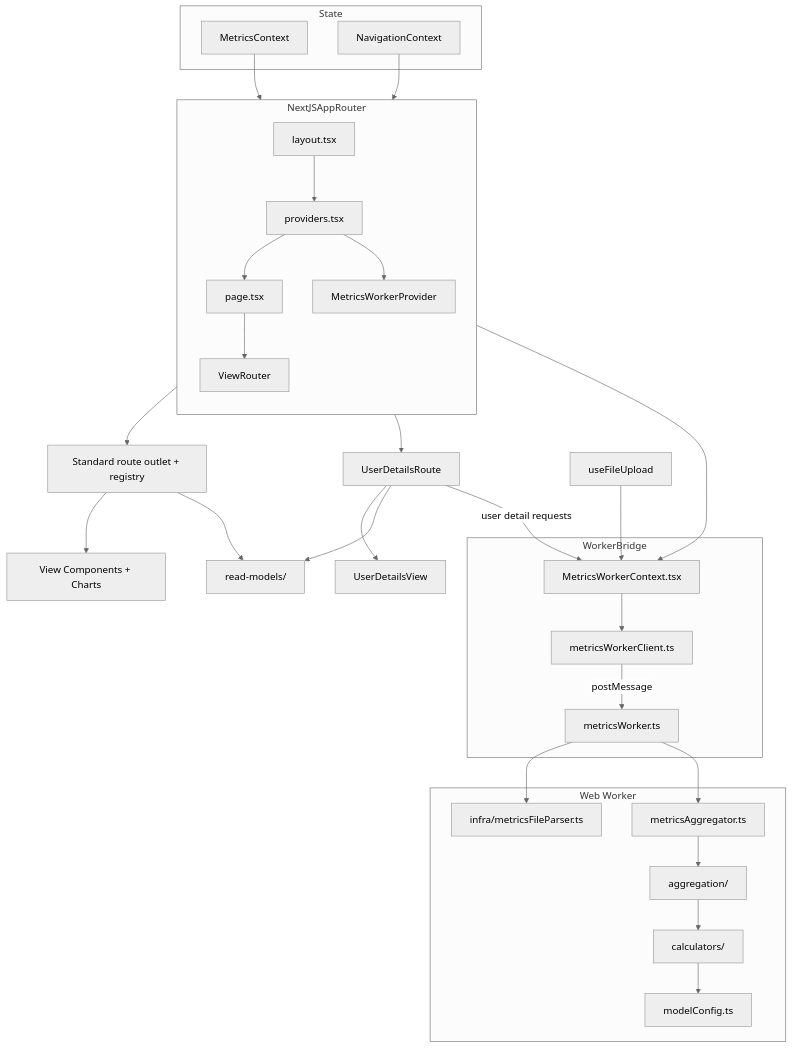
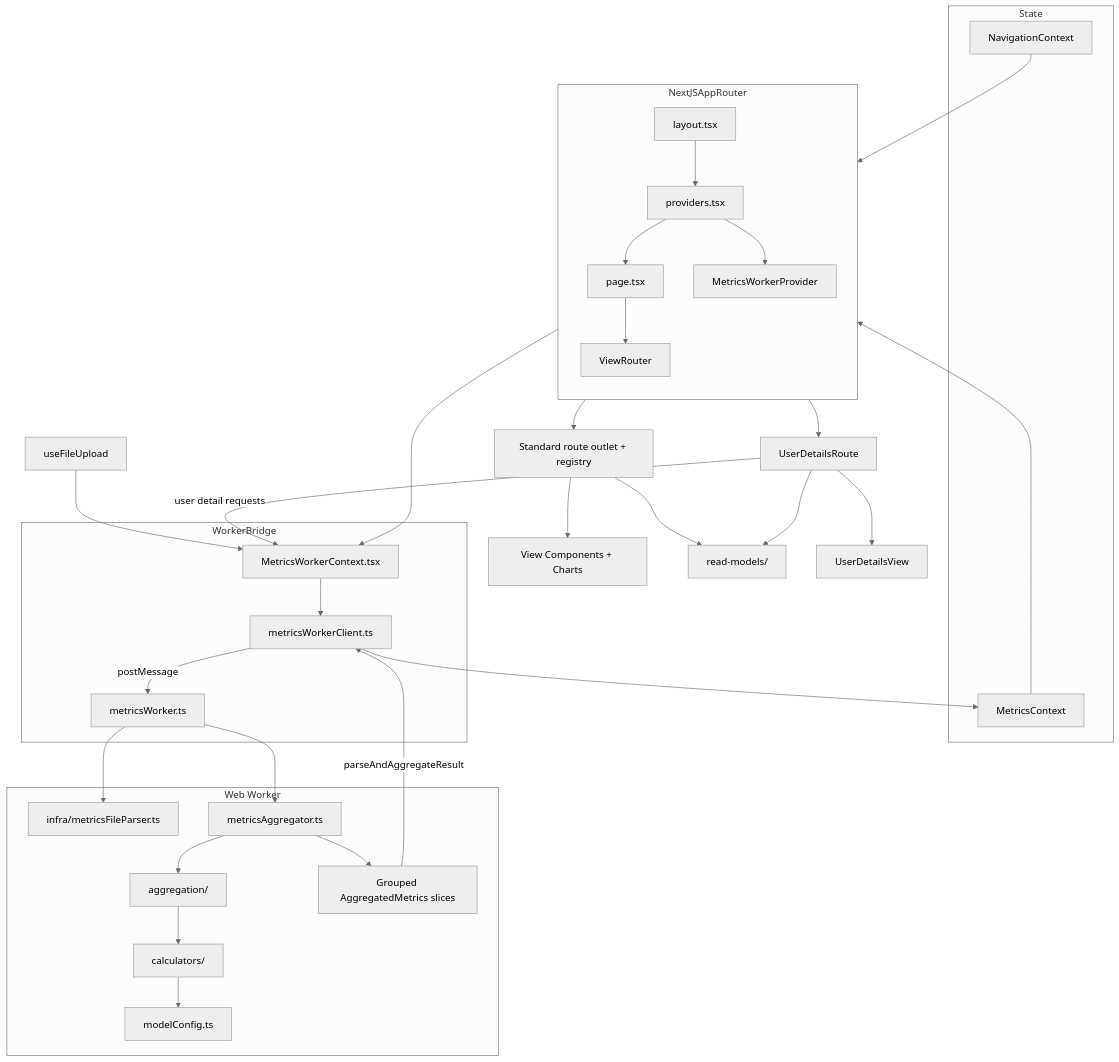
Before and after one commit to asizikov-demos/copilot-user-level-statistics-viewer: the second of 2 diagrams in docs/project-overview.md, drawn with Mermaid (neutral theme). The commit also changed other lines of this file and 37 other files, not shown here.

````diff
--- a/docs/project-overview.md
+++ b/docs/project-overview.md
@@ -132,50 +147,54 @@
 ```mermaid
 flowchart TB
 	subgraph NextJSAppRouter
 		direction TB
 		L[layout.tsx] --> P[providers.tsx]
 		P --> H[page.tsx]
 		H --> VR[ViewRouter]
 		P --> MWP[MetricsWorkerProvider]
 	end
 
 	subgraph State
 		MC[MetricsContext]
 		NC[NavigationContext]
 	end
 
 	subgraph WebWorker[Web Worker]
 		MFP[infra/metricsFileParser.ts]
 		MA[metricsAggregator.ts]
 		AGG[aggregation/]
 		CALC[calculators/]
 		MConf[modelConfig.ts]
+		GAM[Grouped AggregatedMetrics slices]
 	end
 
 	subgraph WorkerBridge
 		MWC[MetricsWorkerContext.tsx]
 		WC[metricsWorkerClient.ts]
 		WT[metricsWorker.ts]
 	end
 
 	VR --> SR[Standard route outlet + registry]
 	SR --> Views[View Components + Charts]
 	SR --> RM[read-models/]
 	VR --> UD[UserDetailsRoute]
 	UD --> UDV[UserDetailsView]
 	UD --> RM
 
 	MWP --> MWC
 	MWC --> WC
 	UFU[useFileUpload] --> MWC
 	UD -->|user detail requests| MWC
 	WC -->|postMessage| WT
 	WT --> MFP
 	WT --> MA
 	MA --> AGG
+	MA --> GAM
 	AGG --> CALC
 	CALC --> MConf
+	GAM -->|parseAndAggregateResult| WC
+	WC --> MC
 
 	MC --> VR
 	NC --> VR
 ```
````
